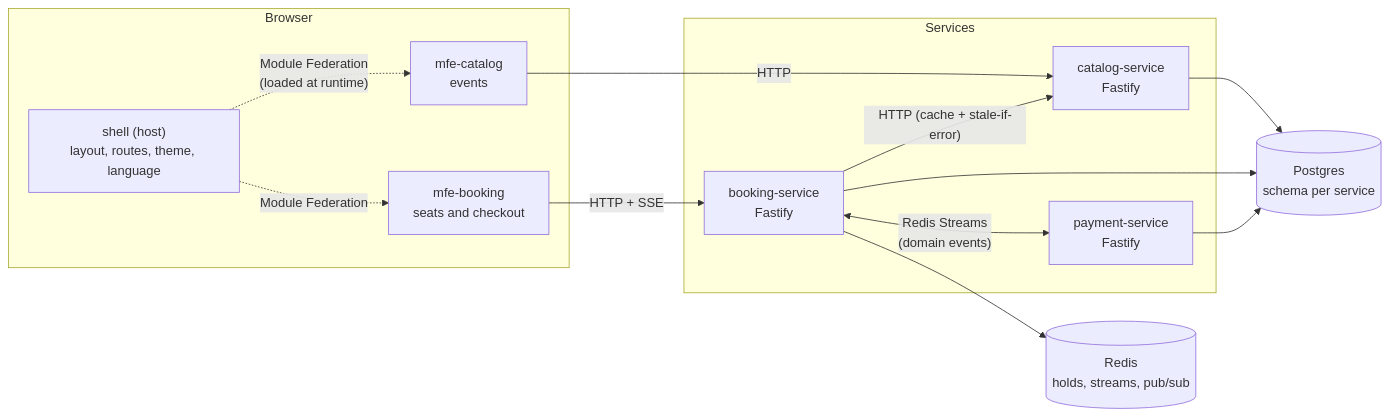
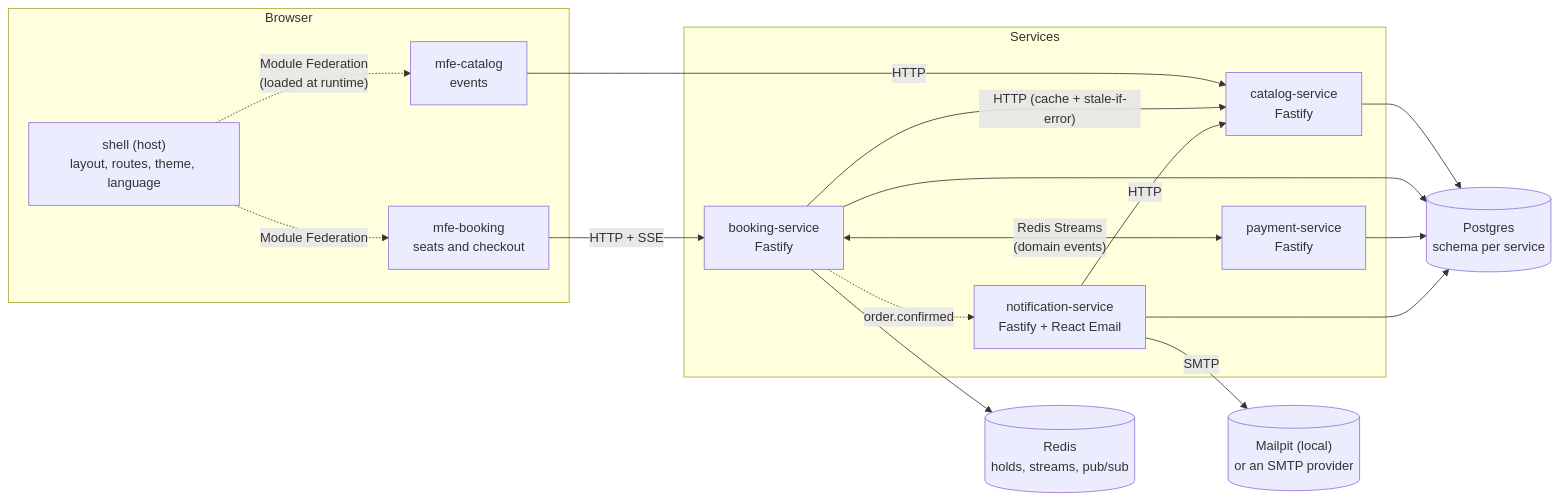
The first of 2 diagrams in README.en.md (odaairlopes/plateia), drawn with Mermaid before and after one commit. The commit also changed other lines of this file and 49 other files, not shown here.

First line of the commit message:
feat: email the tickets when an order is confirmed

````diff
--- a/README.en.md
+++ b/README.en.md
@@ -34,27 +34,32 @@
 ```mermaid
 flowchart LR
   subgraph Browser
     Shell["shell (host)\nlayout, routes, theme, language"]
     MC["mfe-catalog\nevents"]
     MB["mfe-booking\nseats and checkout"]
     Shell -. "Module Federation\n(loaded at runtime)" .-> MC
     Shell -. "Module Federation" .-> MB
   end
 
   MC -->|HTTP| Catalog
   MB -->|HTTP + SSE| Booking
 
   subgraph Services
     Catalog["catalog-service\nFastify"]
     Booking["booking-service\nFastify"]
     Payment["payment-service\nFastify"]
+    Notification["notification-service\nFastify + React Email"]
   end
 
   Booking -->|"HTTP (cache + stale-if-error)"| Catalog
   Booking <-->|"Redis Streams\n(domain events)"| Payment
+  Booking -.->|"order.confirmed"| Notification
+  Notification -->|HTTP| Catalog
+  Notification -->|SMTP| Mail[("Mailpit (local)\nor an SMTP provider")]
 
   Catalog --> PG[("Postgres\nschema per service")]
   Booking --> PG
   Payment --> PG
+  Notification --> PG
   Booking --> Redis[("Redis\nholds, streams, pub/sub")]
 ```
````
